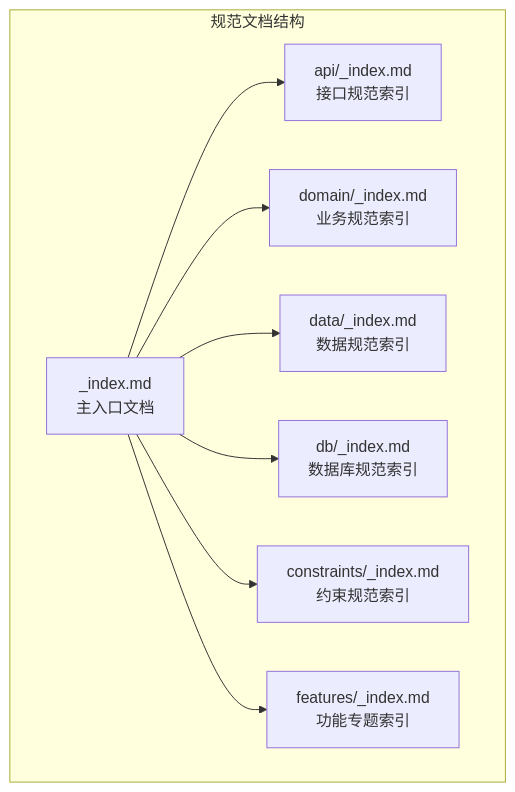
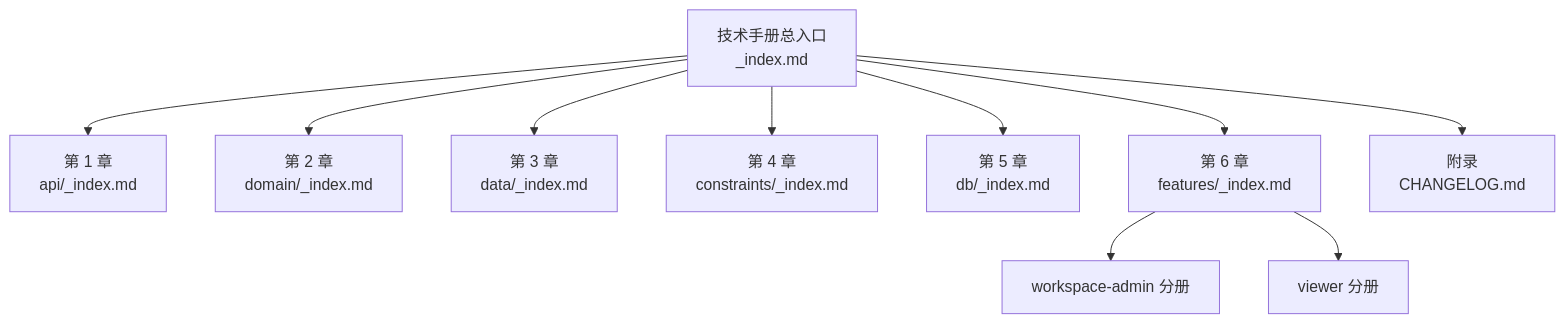
Before and after one commit to yachi666/support-roster-server: the first of 2 diagrams in .specs/_index.md, drawn with Mermaid. The commit also changed other lines of this file and 34 other files, not shown here.

````diff
--- a/.specs/_index.md
+++ b/.specs/_index.md
@@ -25,19 +27,31 @@
 ```mermaid
-graph TB
-    subgraph "规范文档结构"
-        ROOT["_index.md<br/>主入口文档"]
-        API_INDEX["api/_index.md<br/>接口规范索引"]
-        DOMAIN_INDEX["domain/_index.md<br/>业务规范索引"]
-        DATA_INDEX["data/_index.md<br/>数据规范索引"]
-        DB_INDEX["db/_index.md<br/>数据库规范索引"]
-        CONSTRAINTS_INDEX["constraints/_index.md<br/>约束规范索引"]
-        FEATURES_INDEX["features/_index.md<br/>功能专题索引"]
-    end
+graph TD
+    ROOT["技术手册总入口
+_index.md"]
+    API["第 1 章
+api/_index.md"]
+    DOMAIN["第 2 章
+domain/_index.md"]
+    DATA["第 3 章
+data/_index.md"]
+    CONSTRAINTS["第 4 章
+constraints/_index.md"]
+    DB["第 5 章
+db/_index.md"]
+    FEATURES["第 6 章
+features/_index.md"]
+    WA["workspace-admin 分册"]
+    VIEWER["viewer 分册"]
+    CHANGELOG["附录
+CHANGELOG.md"]
 
-    ROOT --> API_INDEX
-    ROOT --> DOMAIN_INDEX
-    ROOT --> DATA_INDEX
-    ROOT --> DB_INDEX
-    ROOT --> CONSTRAINTS_INDEX
-    ROOT --> FEATURES_INDEX
+    ROOT --> API
+    ROOT --> DOMAIN
+    ROOT --> DATA
+    ROOT --> CONSTRAINTS
+    ROOT --> DB
+    ROOT --> FEATURES
+    ROOT --> CHANGELOG
+    FEATURES --> WA
+    FEATURES --> VIEWER
 ```
````
